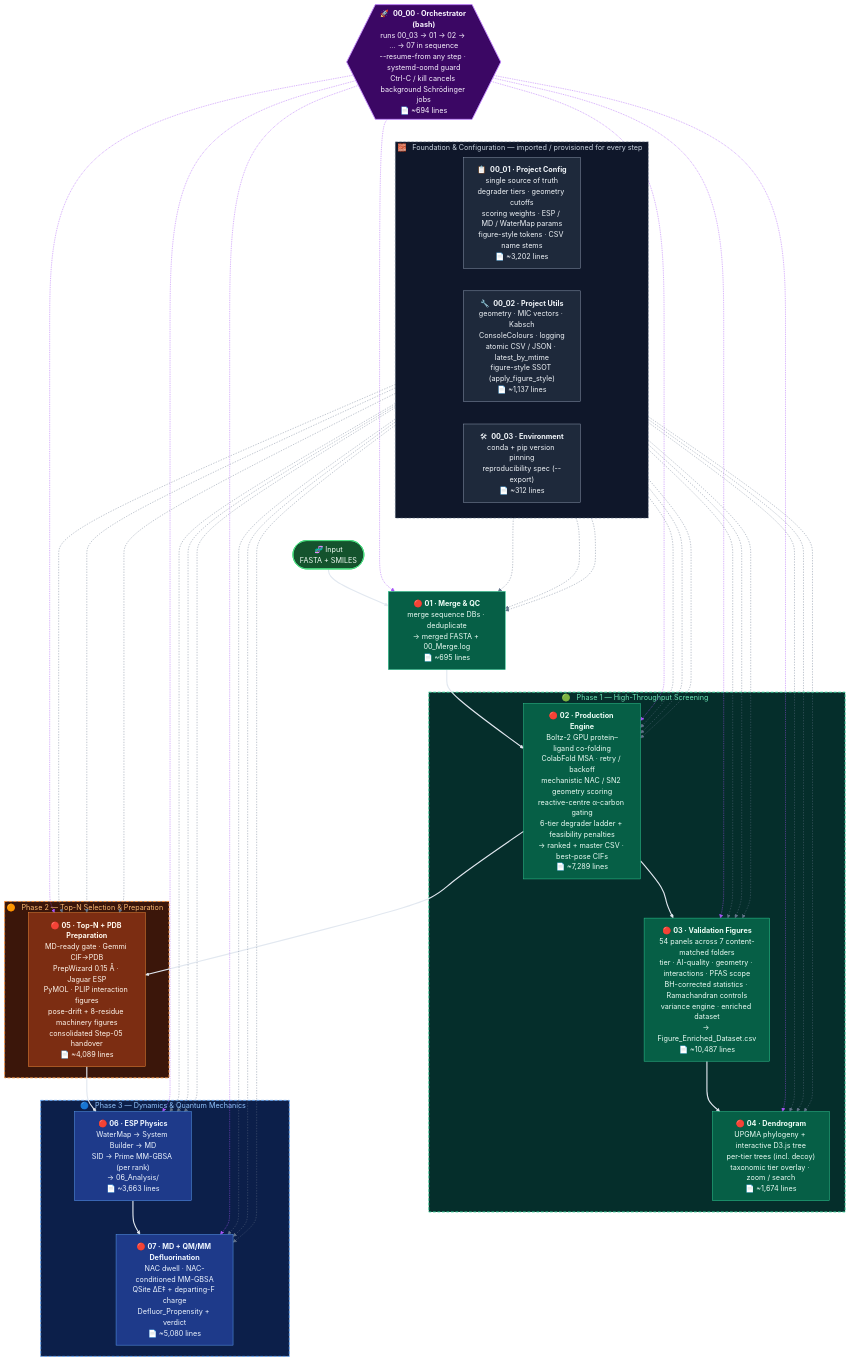
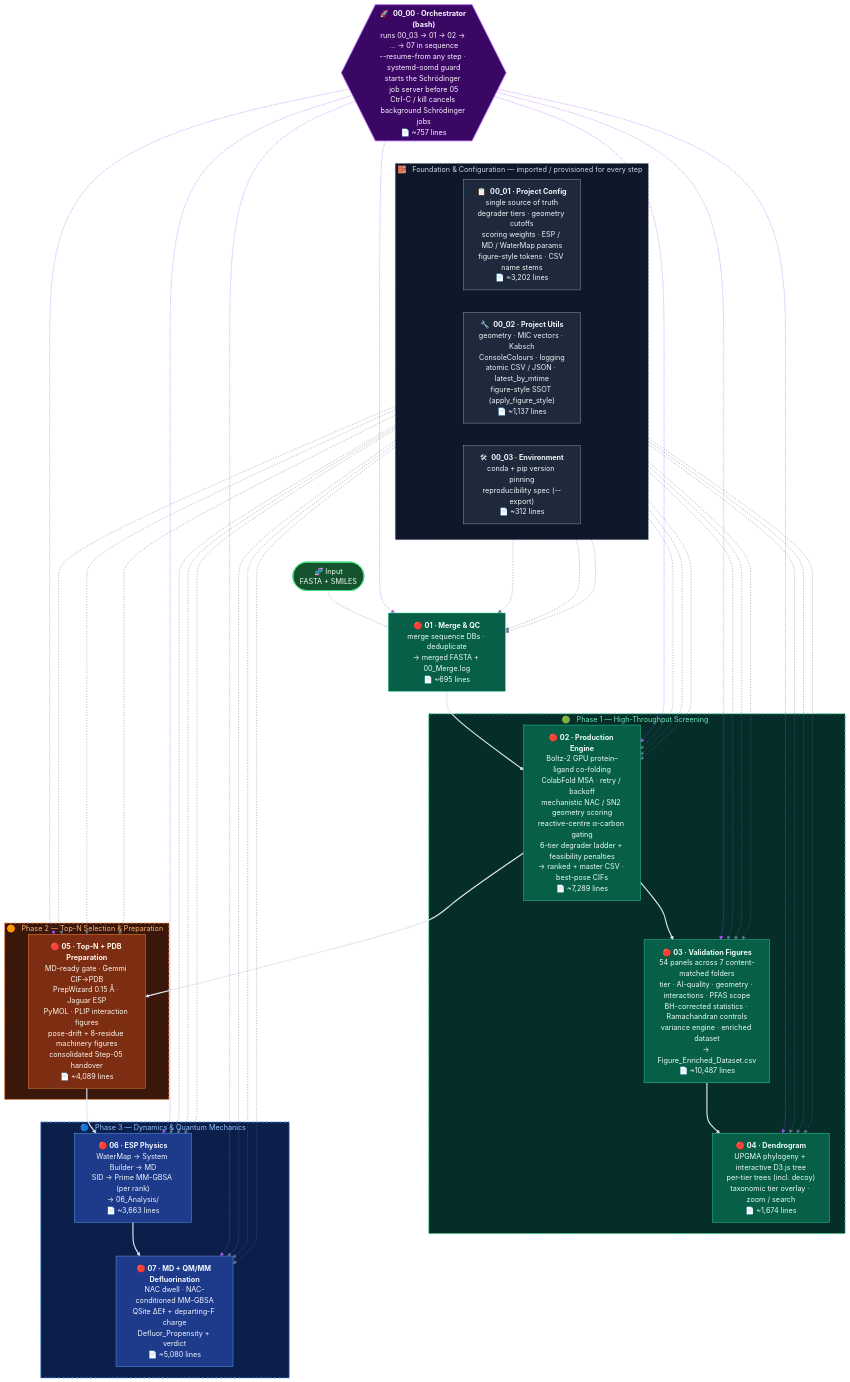
Before and after one commit to KU-MGB/DeFluorX: the diagram in README.md, drawn with Mermaid. The commit also changed other lines of this file and 1 other file, not shown here.

````diff
--- a/README.md
+++ b/README.md
@@ -193,64 +193,64 @@
 ```mermaid
 flowchart TD
-    ORCH{{"🚀 &nbsp;<b>00_00 · Orchestrator (bash)</b><br/>runs 00_03 → 01 → 02 → … → 07 in sequence<br/>--resume-from any step · systemd-oomd guard<br/>Ctrl-C / kill cancels background Schrödinger jobs<br/>📄 ~694 lines"}}:::orch
+    ORCH{{"🚀 &nbsp;<b>00_00 · Orchestrator (bash)</b><br/>runs 00_03 → 01 → 02 → … → 07 in sequence<br/>--resume-from any step · systemd-oomd guard<br/>starts the Schrödinger job server before 05<br/>Ctrl-C / kill cancels background Schrödinger jobs<br/>📄 ~757 lines"}}:::orch
 
     subgraph FOUNDATION["🧱 &nbsp; Foundation &amp; Configuration — imported / provisioned for every step &nbsp;"]
         direction LR
         CFG["📋 &nbsp;<b>00_01 · Project Config</b><br/>single source of truth<br/>degrader tiers · geometry cutoffs<br/>scoring weights · ESP / MD / WaterMap params<br/>figure-style tokens · CSV name stems<br/>📄 ~3,202 lines"]:::found
         UTL["🔧 &nbsp;<b>00_02 · Project Utils</b><br/>geometry · MIC vectors · Kabsch<br/>ConsoleColours · logging<br/>atomic CSV / JSON · latest_by_mtime<br/>figure-style SSOT (apply_figure_style)<br/>📄 ~1,137 lines"]:::found
         ENV["🛠 &nbsp;<b>00_03 · Environment</b><br/>conda + pip version pinning<br/>reproducibility spec (--export)<br/>📄 ~312 lines"]:::found
     end
 
     START(["🧬 Input<br/>FASTA + SMILES"]):::io
     M1["🔴&nbsp;<b>01 · Merge &amp; QC</b><br/>merge sequence DBs · deduplicate<br/>→ merged FASTA + 00_Merge.log<br/>📄 ~695 lines"]:::hts
 
     subgraph PHASE1["🟢 &nbsp; Phase 1 — High-Throughput Screening &nbsp;"]
         M2["🔴&nbsp;<b>02 · Production Engine</b><br/>Boltz-2 GPU protein–ligand co-folding<br/>ColabFold MSA · retry / backoff<br/>mechanistic NAC / SN2 geometry scoring<br/>reactive-centre α-carbon gating<br/>6-tier degrader ladder + feasibility penalties<br/>→ ranked + master CSV · best-pose CIFs<br/>📄 ~7,289 lines"]:::hts
         M3["🔴&nbsp;<b>03 · Validation Figures</b><br/>54 panels across 7 content-matched folders<br/>tier · AI-quality · geometry · interactions · PFAS scope<br/>BH-corrected statistics · Ramachandran controls<br/>variance engine · enriched dataset<br/>→ Figure_Enriched_Dataset.csv<br/>📄 ~10,487 lines"]:::hts
         M4["🔴&nbsp;<b>04 · Dendrogram</b><br/>UPGMA phylogeny + interactive D3.js tree<br/>per-tier trees (incl. decoy)<br/>taxonomic tier overlay · zoom / search<br/>📄 ~1,674 lines"]:::hts
         M2 --> M3 --> M4
     end
 
     subgraph PHASE2["🟠 &nbsp; Phase 2 — Top-N Selection &amp; Preparation &nbsp;"]
         M5["🔴&nbsp;<b>05 · Top-N + PDB Preparation</b><br/>MD-ready gate · Gemmi CIF→PDB<br/>PrepWizard 0.15 Å · Jaguar ESP<br/>PyMOL · PLIP interaction figures<br/>pose-drift + 8-residue machinery figures<br/>consolidated Step-05 handover<br/>📄 ~4,089 lines"]:::prep
     end
 
     subgraph PHASE3["🔵 &nbsp; Phase 3 — Dynamics &amp; Quantum Mechanics &nbsp;"]
         M6["🔴&nbsp;<b>06 · ESP Physics</b><br/>WaterMap → System Builder → MD<br/>SID → Prime MM-GBSA (per rank)<br/>→ 06_Analysis/<br/>📄 ~3,663 lines"]:::dyn
         M7["🔴&nbsp;<b>07 · MD + QM/MM Defluorination</b><br/>NAC dwell · NAC-conditioned MM-GBSA<br/>QSite ΔE‡ + departing-F charge<br/>Defluor_Propensity + verdict<br/>📄 ~5,080 lines"]:::dyn
         M6 --> M7
     end
 
     %% keep orchestrator above foundation above the steps
     ORCH ~~~ FOUNDATION
     FOUNDATION ~~~ START
 
     %% data flow (solid white)
     START --> M1 --> M2
     M2 --> M5 --> M6
 
     %% orchestrator runs each step (fan, routed to the sides)
     ORCH -.-> M1 & M2 & M3 & M4 & M5 & M6 & M7
 
     %% foundation: one fan from each of config / utils / env to every step
     CFG -.-> M1 & M2 & M3 & M4 & M5 & M6 & M7
     UTL -.-> M1 & M2 & M3 & M4 & M5 & M6 & M7
     ENV -.-> M1 & M2 & M3 & M4 & M5 & M6 & M7
 
     classDef io    fill:#14532d,stroke:#4ade80,color:#f0fdf4,stroke-width:2px
     classDef orch  fill:#3b0764,stroke:#c084fc,color:#faf5ff,stroke-width:2px
     classDef found fill:#1e293b,stroke:#94a3b8,color:#f1f5f9
     classDef hts   fill:#065f46,stroke:#34d399,color:#ecfdf5
     classDef prep  fill:#7c2d12,stroke:#fb923c,color:#fff7ed
     classDef dyn   fill:#1e3a8a,stroke:#60a5fa,color:#eff6ff
 
     style FOUNDATION fill:#0f172a,stroke:#64748b,color:#cbd5e1,stroke-width:1px,stroke-dasharray:5 4
     style PHASE1 fill:#052e2b,stroke:#34d399,color:#6ee7b7,stroke-width:2px,stroke-dasharray:6 4
     style PHASE2 fill:#3b160a,stroke:#fb923c,color:#fdba74,stroke-width:2px,stroke-dasharray:6 4
     style PHASE3 fill:#0c1f4a,stroke:#60a5fa,color:#93c5fd,stroke-width:2px,stroke-dasharray:6 4
 
     linkStyle 0,1,2,5,6,7,8 stroke:#e2e8f0,stroke-width:2.5px
     linkStyle 3,4 stroke-width:0px,stroke:none
     linkStyle 9,10,11,12,13,14,15 stroke:#a855f7,stroke-width:1.1px
     linkStyle 16,17,18,19,20,21,22,23,24,25,26,27,28,29,30,31,32,33,34,35,36 stroke:#64748b,stroke-width:0.9px,stroke-dasharray:3 3
 ```
````
